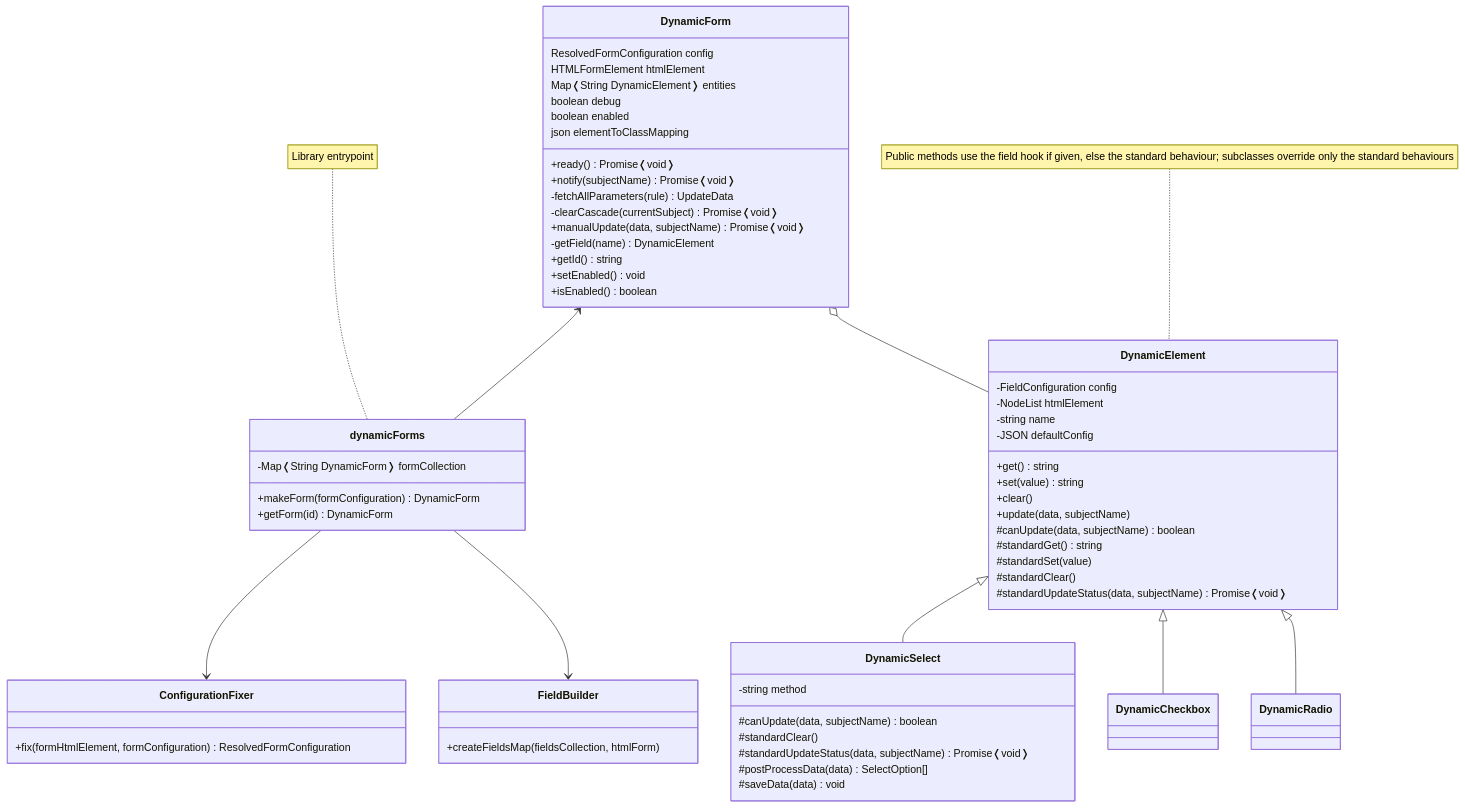
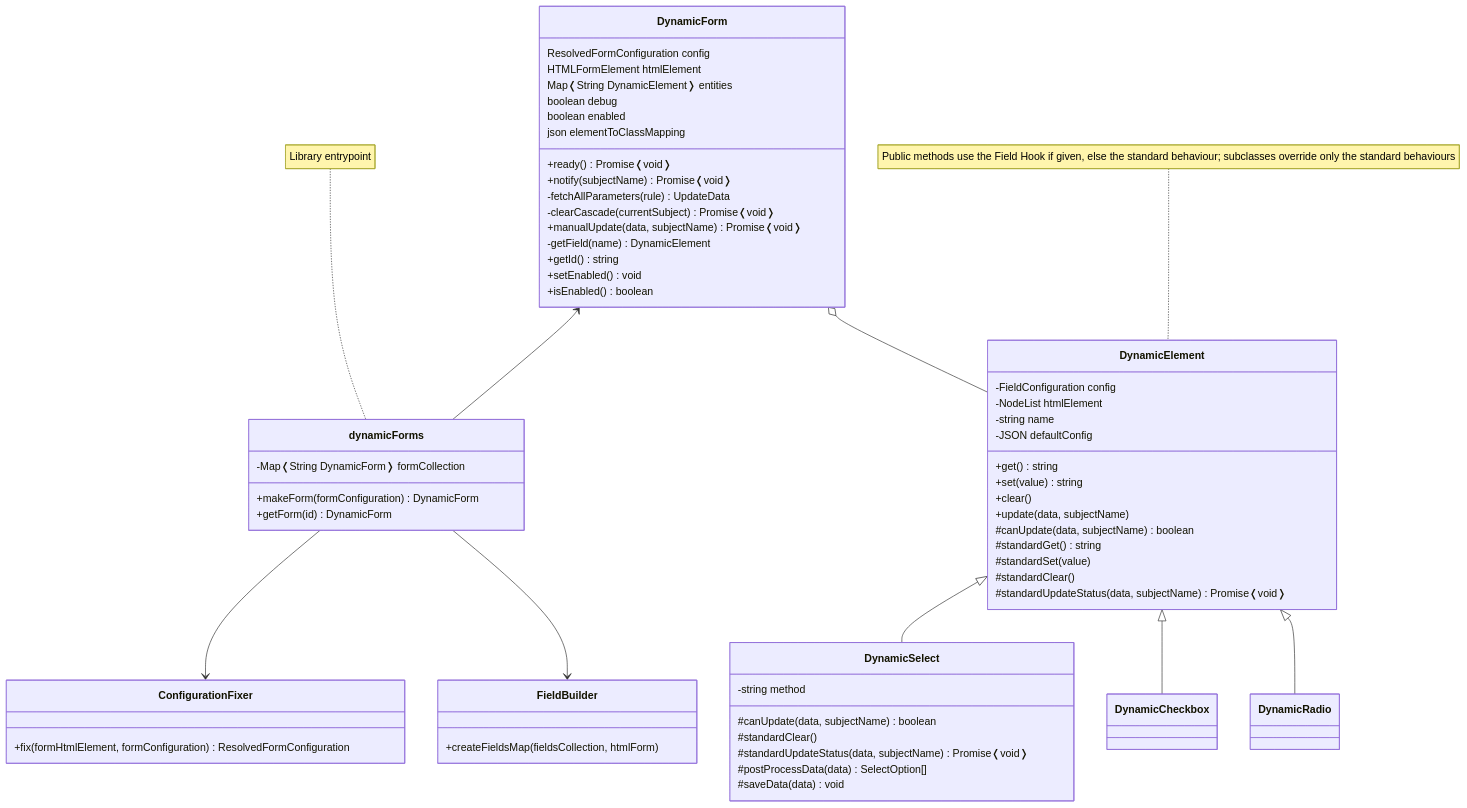
The diagram in docs/dev/contribute.md (simomosi/dynamic-forms), drawn with Mermaid before and after one commit. The commit also changed 11 other files, not shown here.

````diff
--- a/docs/dev/contribute.md
+++ b/docs/dev/contribute.md
@@ -41,76 +41,76 @@
 ```mermaid
 classDiagram
 
     class DynamicForm {
         ResolvedFormConfiguration config
         HTMLFormElement htmlElement
         Map❬String DynamicElement❭ entities
         boolean debug
         boolean enabled
         json elementToClassMapping
 
         +ready() Promise❬void❭
         +notify(subjectName) Promise❬void❭
         -fetchAllParameters(rule) UpdateData
         -clearCascade(currentSubject) Promise❬void❭
         +manualUpdate(data, subjectName) Promise❬void❭
         -getField(name) DynamicElement
         +getId() string
         +setEnabled() void
         +isEnabled() boolean
     }
 
     class dynamicForms {
         -Map❬String DynamicForm❭ formCollection
         +makeForm(formConfiguration) DynamicForm
         +getForm(id) DynamicForm
     }
 
     note for dynamicForms "Library entrypoint"
 
     class ConfigurationFixer {
         +fix(formHtmlElement, formConfiguration) ResolvedFormConfiguration
     }
 
     class FieldBuilder {
         +createFieldsMap(fieldsCollection, htmlForm)
     }
 
     class DynamicElement {
         -FieldConfiguration config
         -NodeList htmlElement
         -string name
         -JSON defaultConfig
         +get() string
         +set(value) string
         +clear()
         +update(data, subjectName)
         #canUpdate(data, subjectName) boolean
         #standardGet() string
         #standardSet(value)
         #standardClear()
         #standardUpdateStatus(data, subjectName) Promise❬void❭
     }
 
-    note for DynamicElement "Public methods use the field hook if given, else the standard behaviour; subclasses override only the standard behaviours"
+    note for DynamicElement "Public methods use the Field Hook if given, else the standard behaviour; subclasses override only the standard behaviours"
 
     class DynamicSelect {
         -string method
         #canUpdate(data, subjectName) boolean
         #standardClear()
         #standardUpdateStatus(data, subjectName) Promise❬void❭
         #postProcessData(data) SelectOption[]
         #saveData(data) void
     }
 
     dynamicForms --> ConfigurationFixer
     dynamicForms --> FieldBuilder
 
     DynamicForm <-- dynamicForms
     DynamicForm o-- DynamicElement
 
     DynamicElement <|-- DynamicSelect
     DynamicElement <|-- DynamicCheckbox
     DynamicElement <|-- DynamicRadio
 
 ```
````
